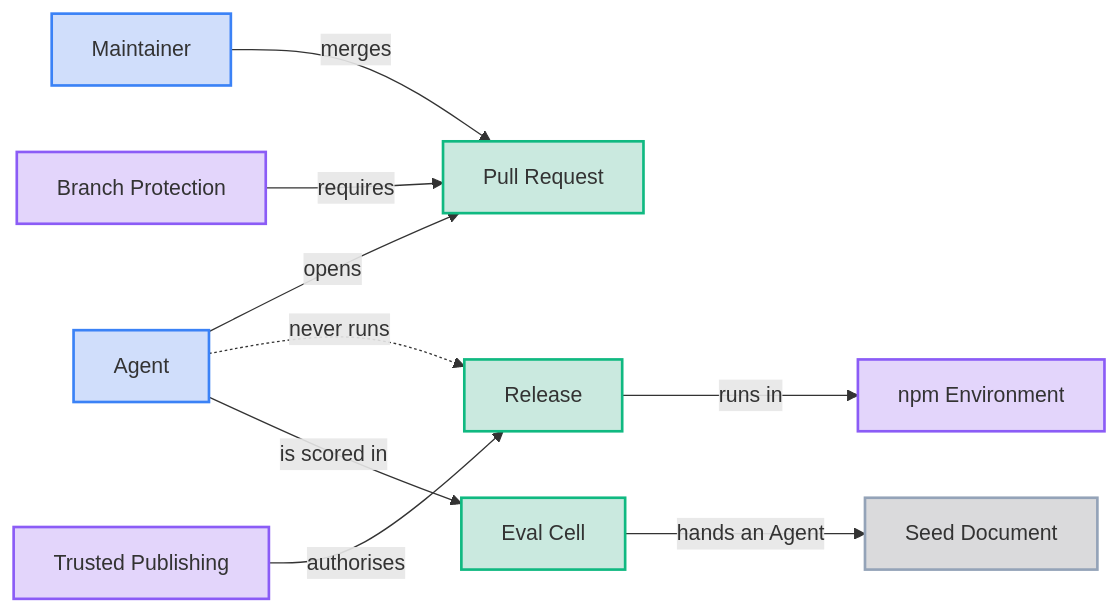
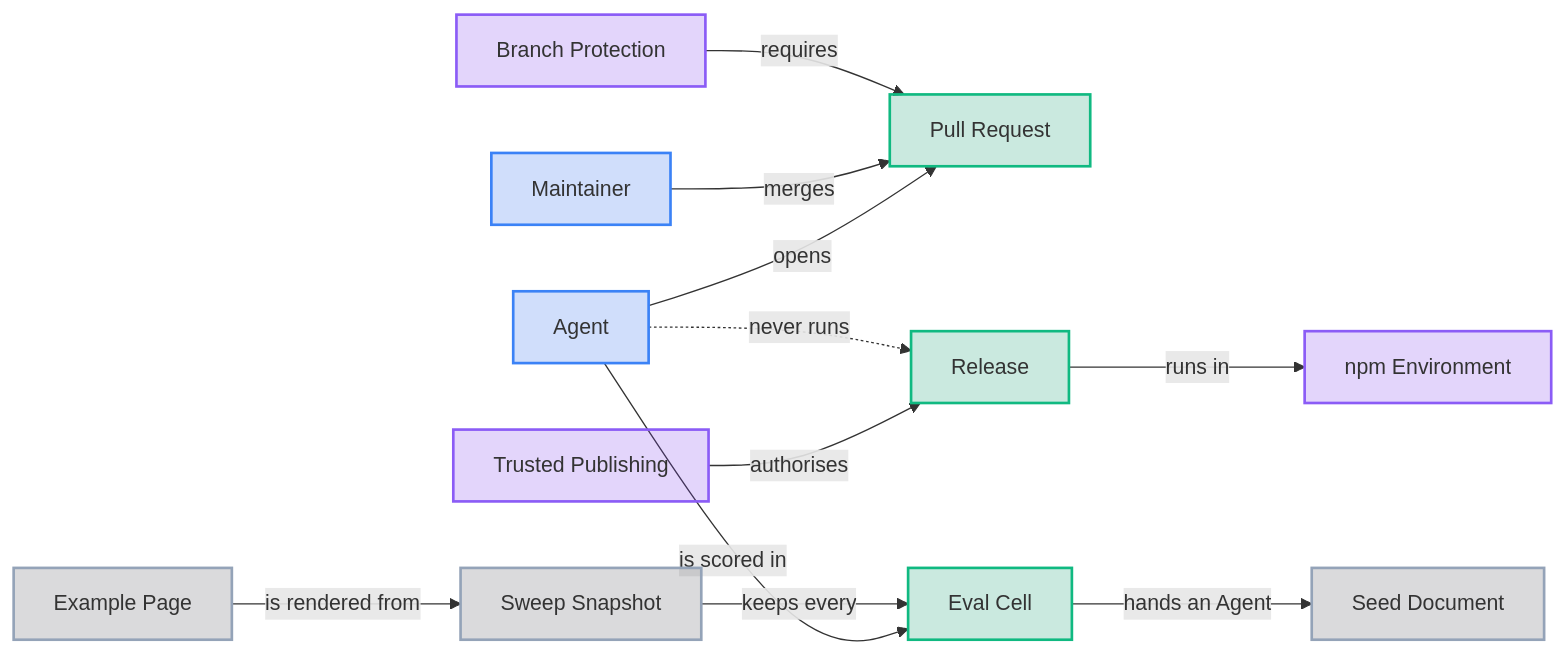
The sixth of 6 diagrams in GLOSSARY.md (jpeakai/jpai-prose-gates), drawn with Mermaid before and after one commit. The commit also changed other lines of this file and 29 other files, not shown here.

````diff
--- a/GLOSSARY.md
+++ b/GLOSSARY.md
@@ -155,28 +155,32 @@
 ```mermaid
 flowchart LR
     MNT["Maintainer"]:::people
     AGT["Agent"]:::people
     PR["Pull Request"]:::pipeline
     BRP["Branch Protection"]:::rule
     RLS["Release"]:::pipeline
     NPE["npm Environment"]:::rule
     TRP["Trusted Publishing"]:::rule
 
     AGT -- opens --> PR
     MNT -- merges --> PR
     BRP -- requires --> PR
     RLS -- runs in --> NPE
     TRP -- authorises --> RLS
     AGT -. never runs .-> RLS
     SED["Seed Document"]:::record
     EVC["Eval Cell"]:::pipeline
     EVC -- hands an Agent --> SED
     AGT -- is scored in --> EVC
+    SNP["Sweep Snapshot"]:::record
+    EXP["Example Page"]:::record
+    SNP -- keeps every --> EVC
+    EXP -- is rendered from --> SNP
 
     classDef people    fill:#2563eb36,stroke:#3b82f6,stroke-width:2px
     classDef info      fill:#b4530936,stroke:#d97706,stroke-width:2px
     classDef rule      fill:#7c3aed36,stroke:#8b5cf6,stroke-width:2px
     classDef forbidden fill:#dc262636,stroke:#ef4444,stroke-width:2px
     classDef pipeline  fill:#05966936,stroke:#10b981,stroke-width:2px
     classDef record    fill:#52525b36,stroke:#94a3b8,stroke-width:2px
 ```
````
